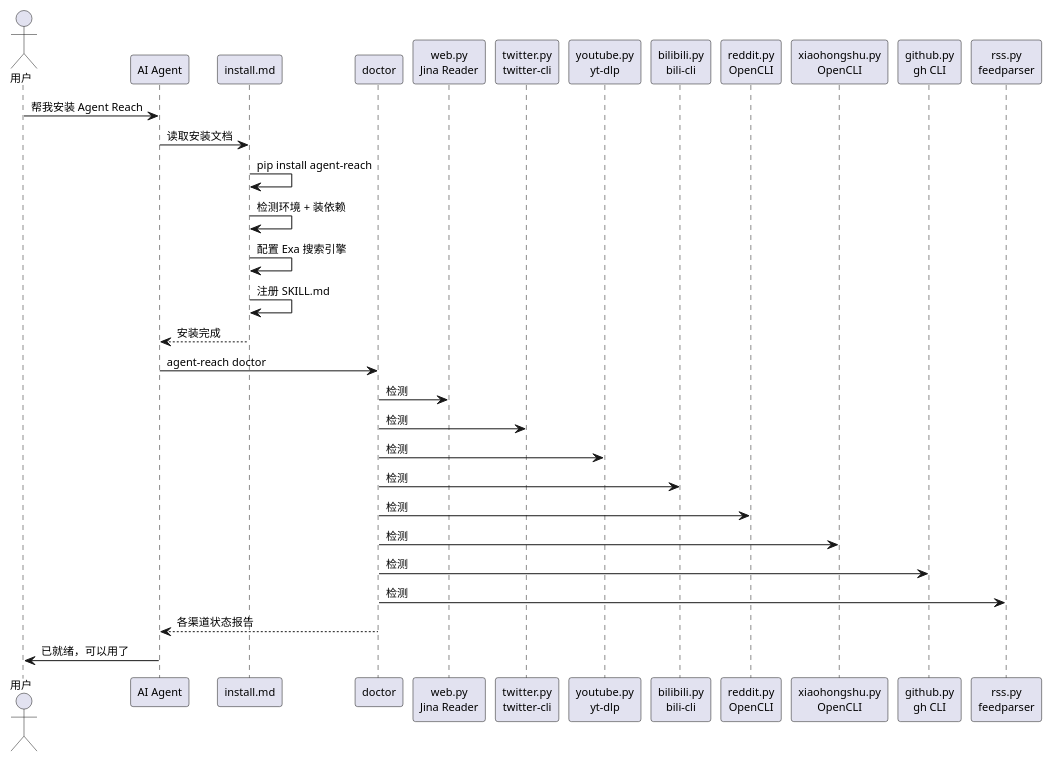
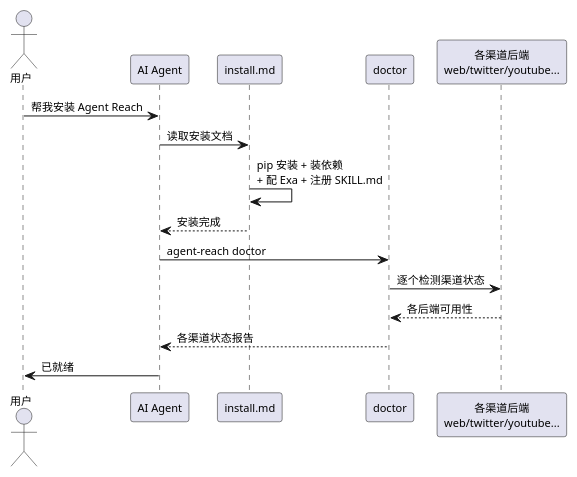
The first of 3 diagrams in src/content/posts/agent-reach-internet-access.md (Martinsuper/mountain-of-book), drawn with PlantUML before and after one commit. The commit also changed other lines of this file and 59 other files, not shown here.

First line of the commit message:
feat: 工具菜单 AI 主题重构、导航分组、图片放大交互优化

````diff
--- a/src/content/posts/agent-reach-internet-access.md
+++ b/src/content/posts/agent-reach-internet-access.md
@@ -31,40 +64,22 @@
 ```plantuml
 @startuml
 skinparam backgroundColor transparent
 skinparam defaultFontSize 11
 
 actor 用户
 participant "AI Agent" as agent
 participant "install.md" as install
 participant "doctor" as doctor
-participant "web.py\nJina Reader" as web
-participant "twitter.py\ntwitter-cli" as twitter
-participant "youtube.py\nyt-dlp" as youtube
-participant "bilibili.py\nbili-cli" as bili
-participant "reddit.py\nOpenCLI" as reddit
-participant "xiaohongshu.py\nOpenCLI" as xhs
-participant "github.py\ngh CLI" as gh
-participant "rss.py\nfeedparser" as rss
+participant "各渠道后端\nweb/twitter/youtube..." as backends
 
 用户 -> agent: 帮我安装 Agent Reach
 agent -> install: 读取安装文档
-install -> install: pip install agent-reach
-install -> install: 检测环境 + 装依赖
-install -> install: 配置 Exa 搜索引擎
-install -> install: 注册 SKILL.md
+install -> install: pip 安装 + 装依赖\n+ 配 Exa + 注册 SKILL.md
 install --> agent: 安装完成
-
 agent -> doctor: agent-reach doctor
-doctor -> web: 检测
-doctor -> twitter: 检测
-doctor -> youtube: 检测
-doctor -> bili: 检测
-doctor -> reddit: 检测
-doctor -> xhs: 检测
-doctor -> gh: 检测
-doctor -> rss: 检测
+doctor -> backends: 逐个检测渠道状态
+backends --> doctor: 各后端可用性
 doctor --> agent: 各渠道状态报告
-agent -> 用户: 已就绪，可以用了
-
+agent -> 用户: 已就绪
 @enduml
 ```
````
